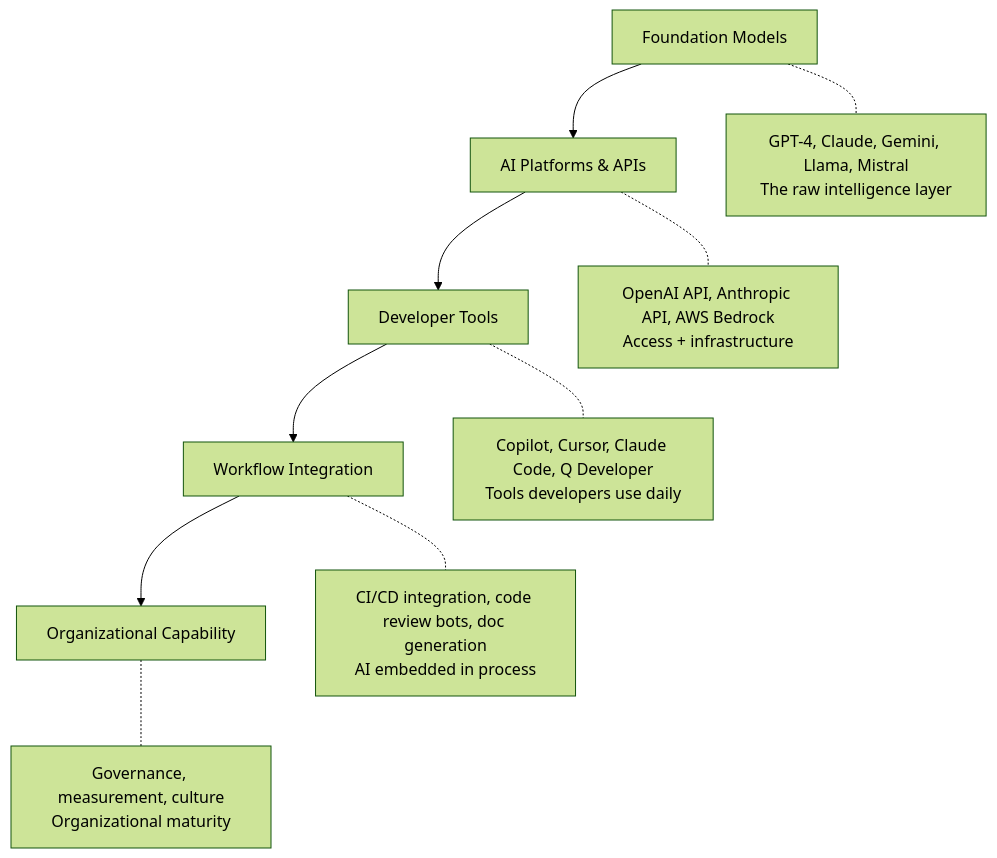
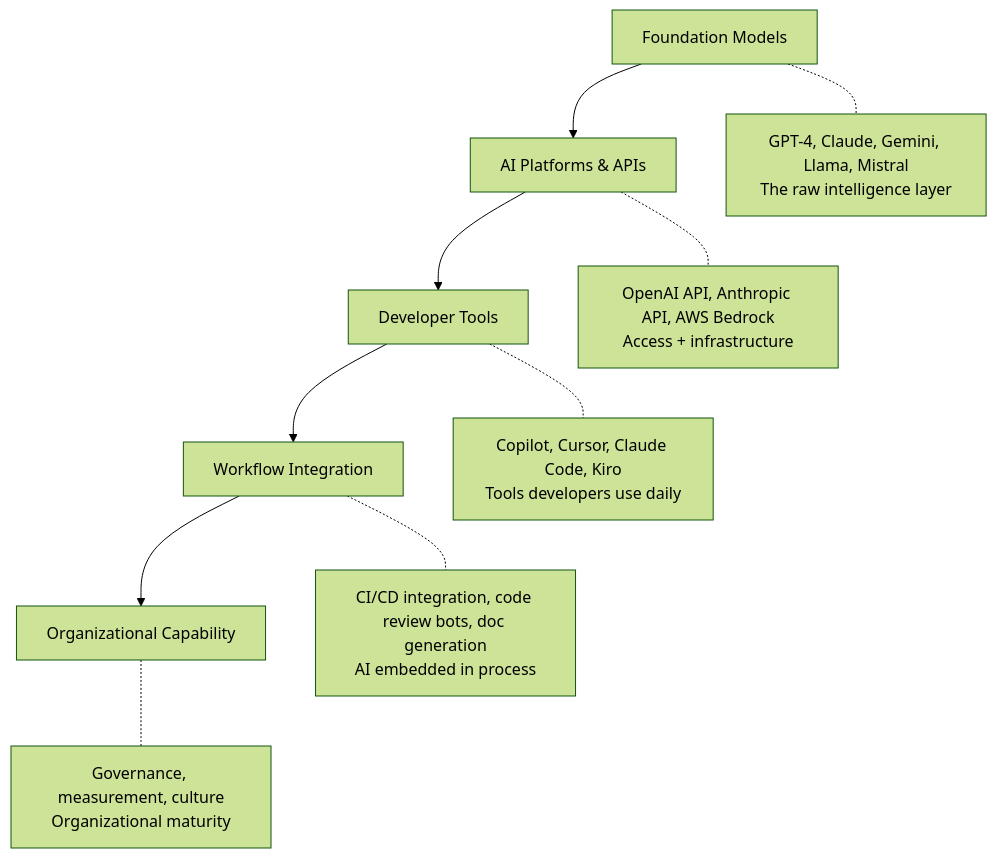
One commit to bernardmendonca/ai-engineering-playbook changed the first of 2 diagrams in foundations/ai-landscape.md. Above: the diagram before and after it, drawn with Mermaid (forest theme). The commit also changed other lines of this file and 47 other files, not shown here.

````diff
--- a/foundations/ai-landscape.md
+++ b/foundations/ai-landscape.md
@@ -13,13 +13,13 @@
 ```mermaid
 flowchart TD
     A[Foundation Models] --> B[AI Platforms & APIs]
     B --> C[Developer Tools]
     C --> D[Workflow Integration]
     D --> E[Organizational Capability]
 
     A -.- A1[GPT-4, Claude, Gemini, Llama, Mistral<br/>The raw intelligence layer]
     B -.- B1[OpenAI API, Anthropic API, AWS Bedrock<br/>Access + infrastructure]
-    C -.- C1[Copilot, Cursor, Claude Code, Q Developer<br/>Tools developers use daily]
+    C -.- C1[Copilot, Cursor, Claude Code, Kiro<br/>Tools developers use daily]
     D -.- D1[CI/CD integration, code review bots, doc generation<br/>AI embedded in process]
     E -.- E1[Governance, measurement, culture<br/>Organizational maturity]
 ```
````
